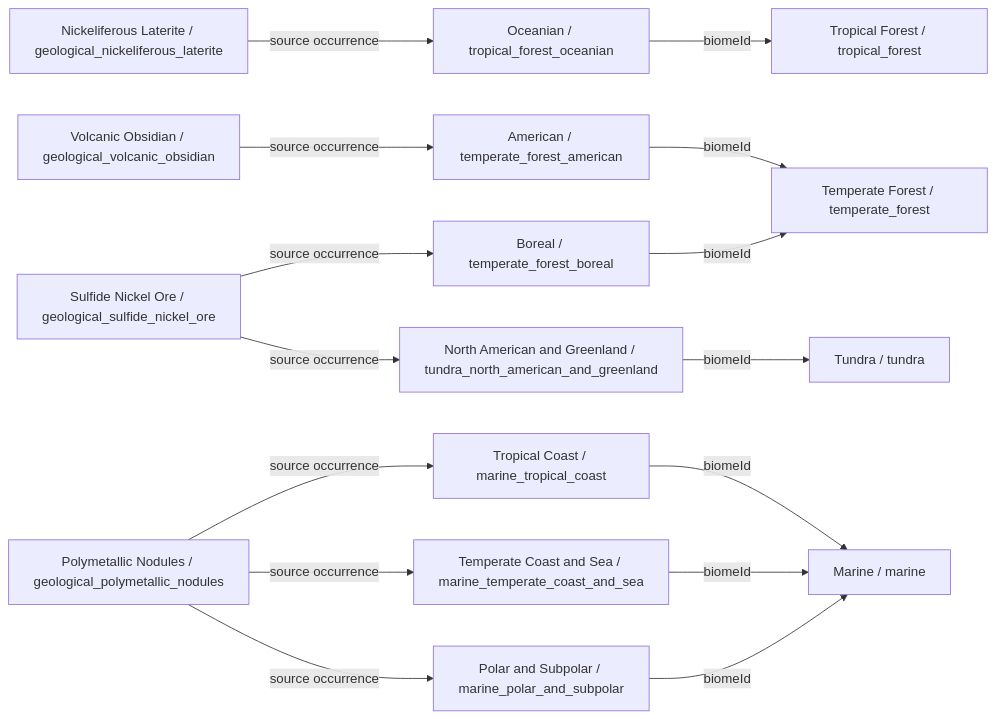
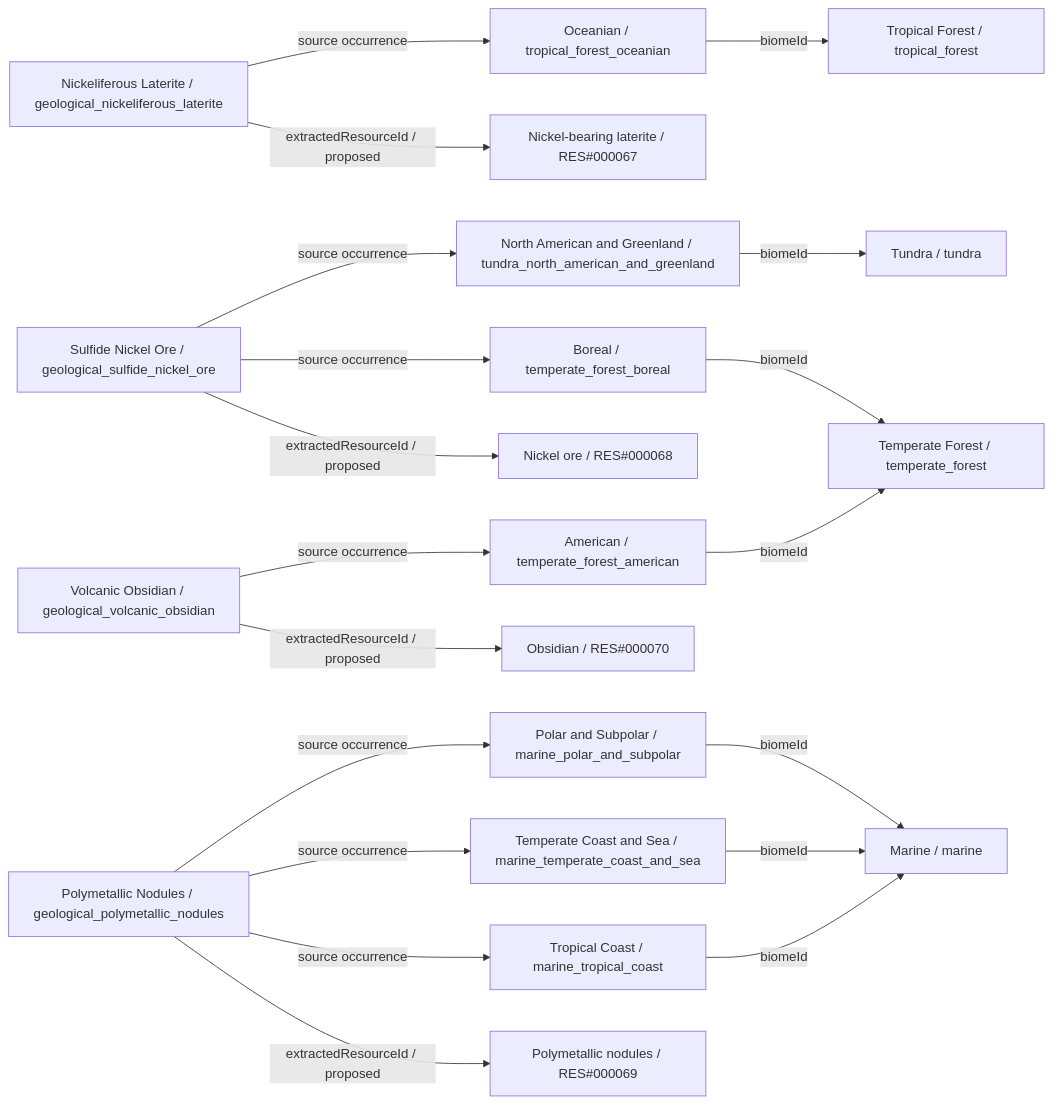
One commit to fgabo404/EvolveDoc changed the ninth of 15 diagrams in data/minerals/DIAGRAMS.md. Above: the diagram before and after it, drawn with Mermaid. The commit also changed other lines of this file and 50 other files, not shown here.

````diff
--- a/data/minerals/DIAGRAMS.md
+++ b/data/minerals/DIAGRAMS.md
@@ -562,32 +626,40 @@
 ```mermaid
 flowchart LR
     c0["Nickeliferous Laterite / geological_nickeliferous_laterite"]
     v3["Oceanian / tropical_forest_oceanian"]
     b0["Tropical Forest / tropical_forest"]
+    r0["Nickel-bearing laterite / RES#000067"]
     c1["Sulfide Nickel Ore / geological_sulfide_nickel_ore"]
     v7["Boreal / temperate_forest_boreal"]
     b1["Temperate Forest / temperate_forest"]
     v8["North American and Greenland / tundra_north_american_and_greenland"]
     b2["Tundra / tundra"]
+    r1["Nickel ore / RES#000068"]
     c2["Polymetallic Nodules / geological_polymetallic_nodules"]
     v19["Tropical Coast / marine_tropical_coast"]
     b5["Marine / marine"]
     v20["Temperate Coast and Sea / marine_temperate_coast_and_sea"]
     v21["Polar and Subpolar / marine_polar_and_subpolar"]
+    r2["Polymetallic nodules / RES#000069"]
     c3["Volcanic Obsidian / geological_volcanic_obsidian"]
     v5["American / temperate_forest_american"]
+    r3["Obsidian / RES#000070"]
+    c0 -->|extractedResourceId / proposed| r0
     c0 -->|source occurrence| v3
+    c1 -->|extractedResourceId / proposed| r1
     c1 -->|source occurrence| v7
     c1 -->|source occurrence| v8
+    c2 -->|extractedResourceId / proposed| r2
     c2 -->|source occurrence| v19
     c2 -->|source occurrence| v20
     c2 -->|source occurrence| v21
+    c3 -->|extractedResourceId / proposed| r3
     c3 -->|source occurrence| v5
     v19 -->|biomeId| b5
     v20 -->|biomeId| b5
     v21 -->|biomeId| b5
     v3 -->|biomeId| b0
     v5 -->|biomeId| b1
     v7 -->|biomeId| b1
     v8 -->|biomeId| b2
 ```
````
